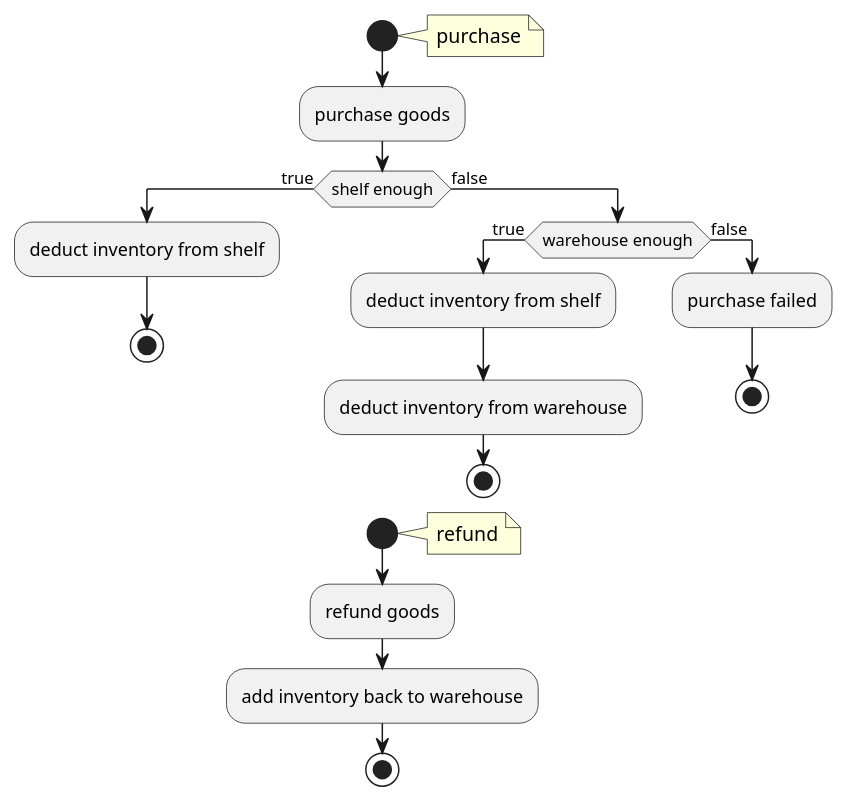
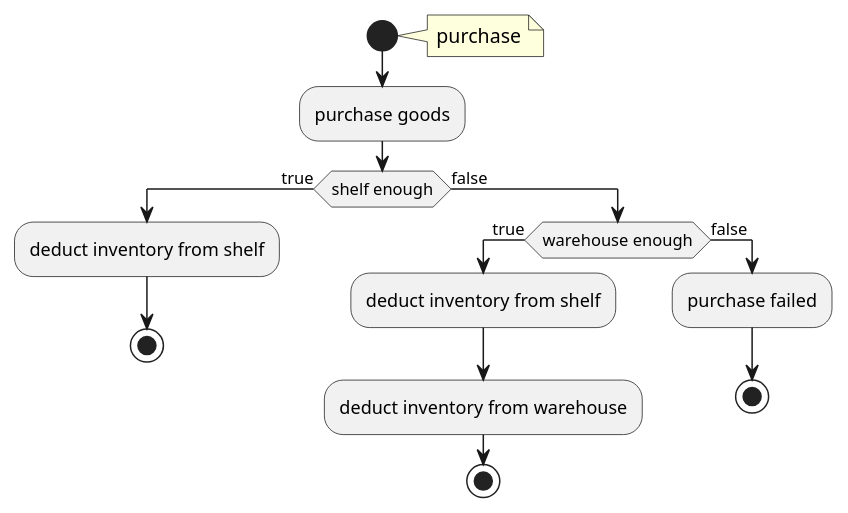
The second of 4 diagrams in uml/2. activity.puml (Jeromefromcn/JavaFinalProject8020), drawn with PlantUML before and after one commit. The commit also changed other lines of this file and 6 other files, not shown here.

```diff
--- a/uml/2. activity.puml
+++ b/uml/2. activity.puml
@@ -49,30 +49,30 @@
 @startuml customer
 'https://plantuml.com/activity-diagram-beta
 
 start
     note right
     purchase
     end note
 :purchase goods;
 if (shelf enough) then (true)
     :deduct inventory from shelf;
     stop
 else (false)
     if (warehouse enough) then (true)
         :deduct inventory from shelf;
         :deduct inventory from warehouse;
         stop
     else (false)
         :purchase failed;
         stop
     endif
 endif
 
-start
-    note right
-    refund
-    end note
-:refund goods;
-:add inventory back to warehouse;
-stop
+'start
+'    note right
+'    refund
+'    end note
+':refund goods;
+':add inventory back to warehouse;
+'stop
 @enduml
```
